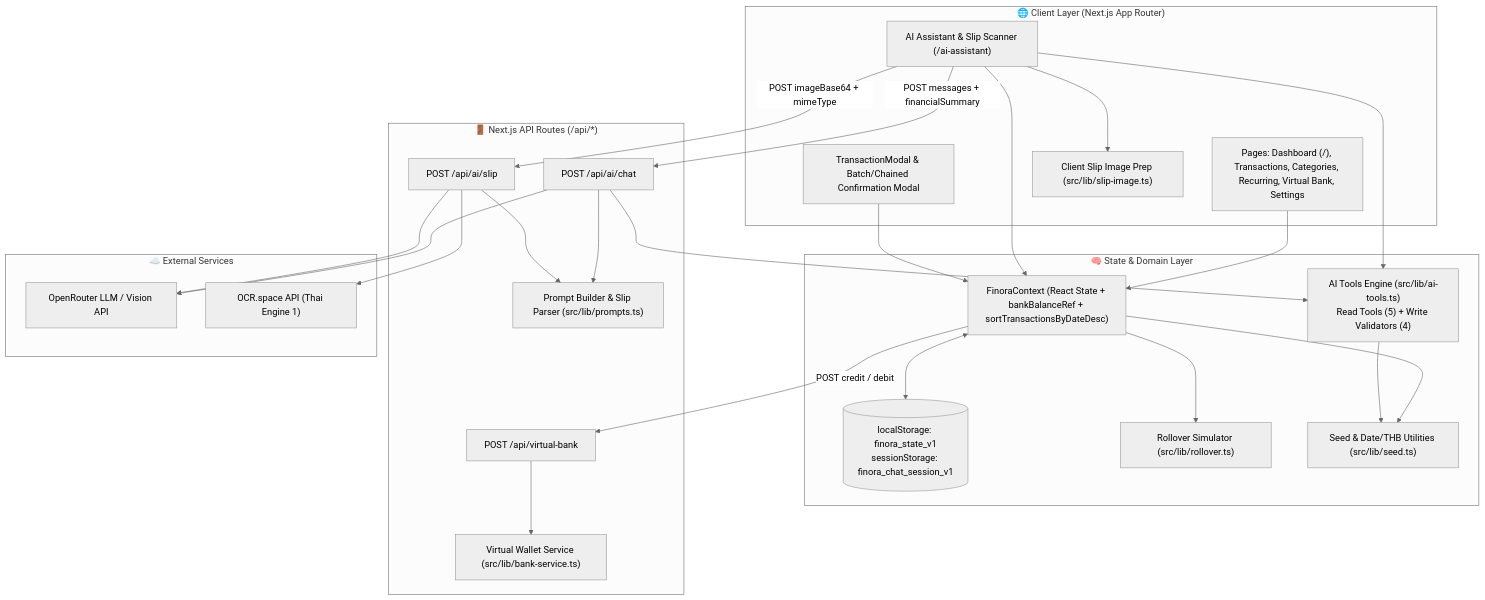
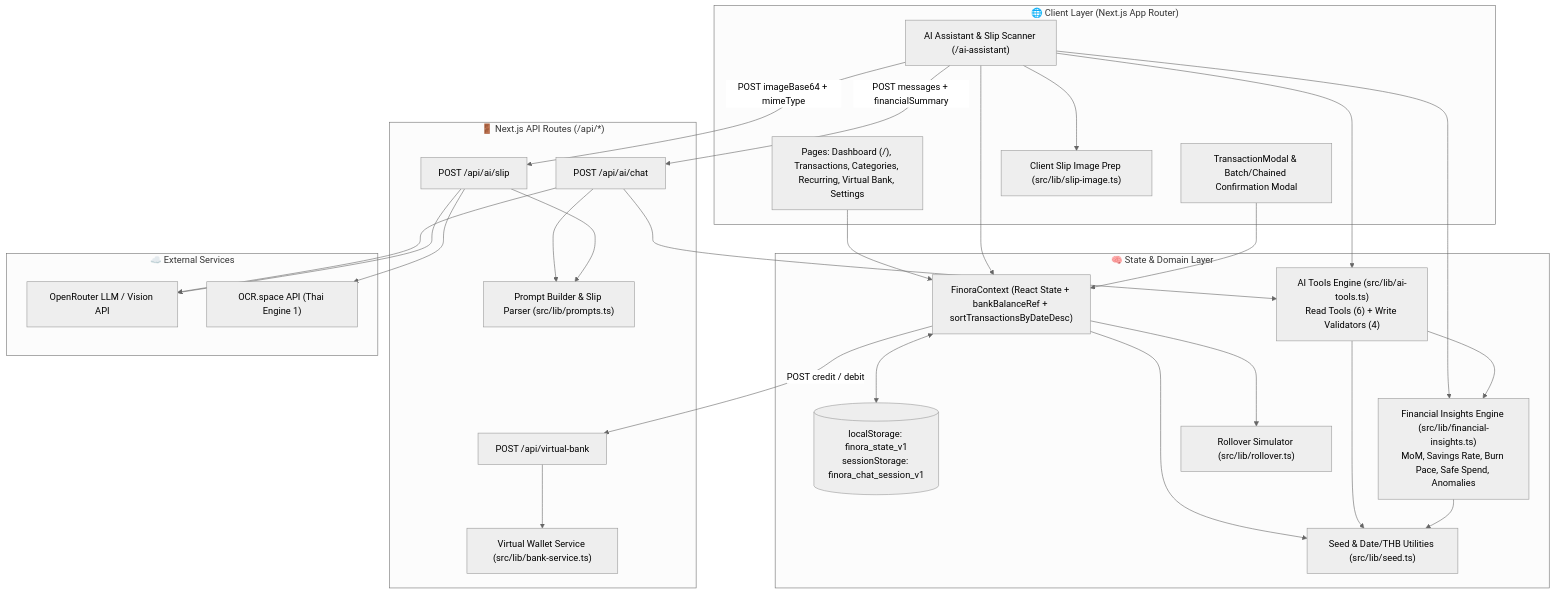
One commit to ratchanonswu/Finora changed the first of 2 diagrams in docs/MAP.md. Above: the diagram before and after it, drawn with Mermaid (neutral theme). The commit also changed other lines of this file and 1 other file, not shown here.

First line of the commit message:
docs(ai): sync tool catalog and architecture docs for v2.9.0

````diff
--- a/docs/MAP.md
+++ b/docs/MAP.md
@@ -38,54 +38,58 @@
 ```mermaid
 flowchart TD
     subgraph Client["🌐 Client Layer (Next.js App Router)"]
         Pages["Pages: Dashboard (/), Transactions, Categories, Recurring, Virtual Bank, Settings"]
         AIPage["AI Assistant & Slip Scanner (/ai-assistant)"]
         Modals["TransactionModal & Batch/Chained Confirmation Modal"]
         SlipPrep["Client Slip Image Prep (src/lib/slip-image.ts)"]
     end
 
     subgraph State["🧠 State & Domain Layer"]
         Ctx["FinoraContext (React State + bankBalanceRef + sortTransactionsByDateDesc)"]
         Storage[("localStorage: finora_state_v1\nsessionStorage: finora_chat_session_v1")]
-        Tools["AI Tools Engine (src/lib/ai-tools.ts)\nRead Tools (5) + Write Validators (4)"]
+        Tools["AI Tools Engine (src/lib/ai-tools.ts)\nRead Tools (6) + Write Validators (4)"]
+        Insights["Financial Insights Engine (src/lib/financial-insights.ts)\nMoM, Savings Rate, Burn Pace, Safe Spend, Anomalies"]
         Rollover["Rollover Simulator (src/lib/rollover.ts)"]
         Seed["Seed & Date/THB Utilities (src/lib/seed.ts)"]
     end
 
     subgraph Server["🚪 Next.js API Routes (/api/*)"]
         ChatAPI["POST /api/ai/chat"]
         SlipAPI["POST /api/ai/slip"]
         BankAPI["POST /api/virtual-bank"]
         Prompts["Prompt Builder & Slip Parser (src/lib/prompts.ts)"]
         BankSvc["Virtual Wallet Service (src/lib/bank-service.ts)"]
     end
 
     subgraph External["☁️ External Services"]
         OpenRouter["OpenRouter LLM / Vision API"]
         OCRSpace["OCR.space API (Thai Engine 1)"]
     end
 
     Pages --> Ctx
     AIPage --> Ctx
     AIPage --> SlipPrep
     AIPage --> Tools
+    AIPage --> Insights
     Modals --> Ctx
     Ctx <--> Storage
     Ctx --> Rollover
     Ctx --> Seed
+    Tools --> Insights
     Tools --> Seed
+    Insights --> Seed
 
     AIPage -->|"POST messages + financialSummary"| ChatAPI
     AIPage -->|"POST imageBase64 + mimeType"| SlipAPI
     Ctx -->|"POST credit / debit"| BankAPI
 
     ChatAPI --> Prompts
     ChatAPI --> Tools
     ChatAPI --> OpenRouter
 
     SlipAPI --> OCRSpace
     SlipAPI --> Prompts
     SlipAPI --> OpenRouter
 
     BankAPI --> BankSvc
 ```
````
